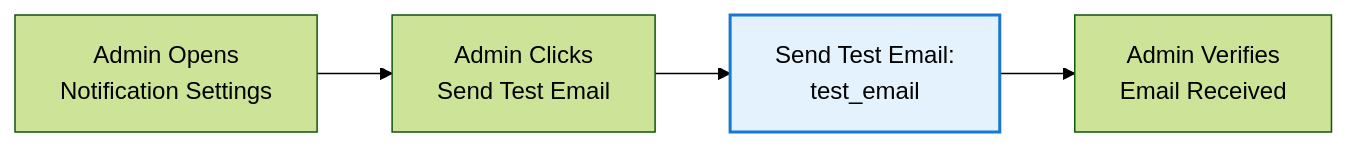
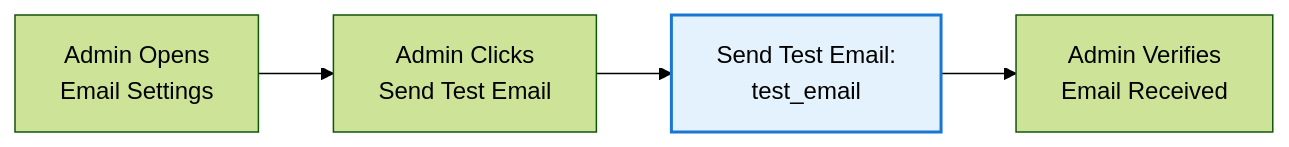
Before and after one commit to humac/claude_app_poc: the third of 3 diagrams in wiki/Admin-Guide.md, drawn with Mermaid (forest theme). The commit also changed other lines of this file and 9 other files, not shown here.

````diff
--- a/wiki/Admin-Guide.md
+++ b/wiki/Admin-Guide.md
@@ -601,11 +615,11 @@
 ```mermaid
 flowchart LR
-    A[Admin Opens<br/>Notification Settings] --> B[Admin Clicks<br/>Send Test Email]
+    A[Admin Opens<br/>Email Settings] --> B[Admin Clicks<br/>Send Test Email]
     B --> C[Send Test Email:<br/>test_email]
     C --> D[Admin Verifies<br/>Email Received]
     
     style C fill:#e3f2fd
     
     classDef emailNode fill:#e3f2fd,stroke:#1976d2,stroke-width:2px
     class C emailNode
 ```
````
